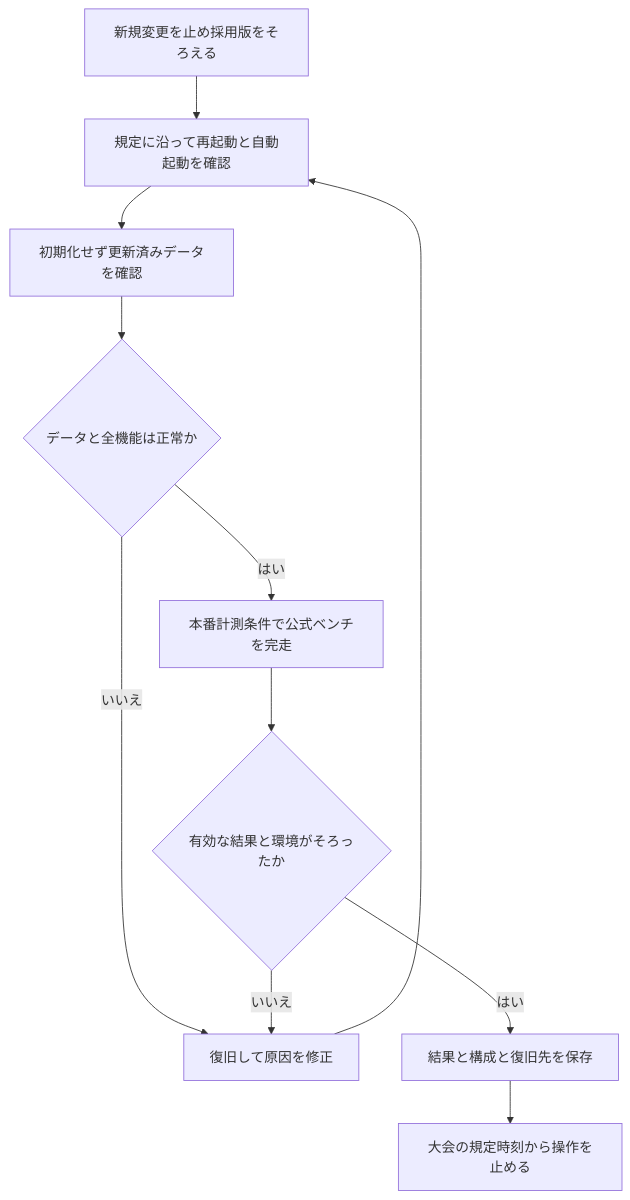
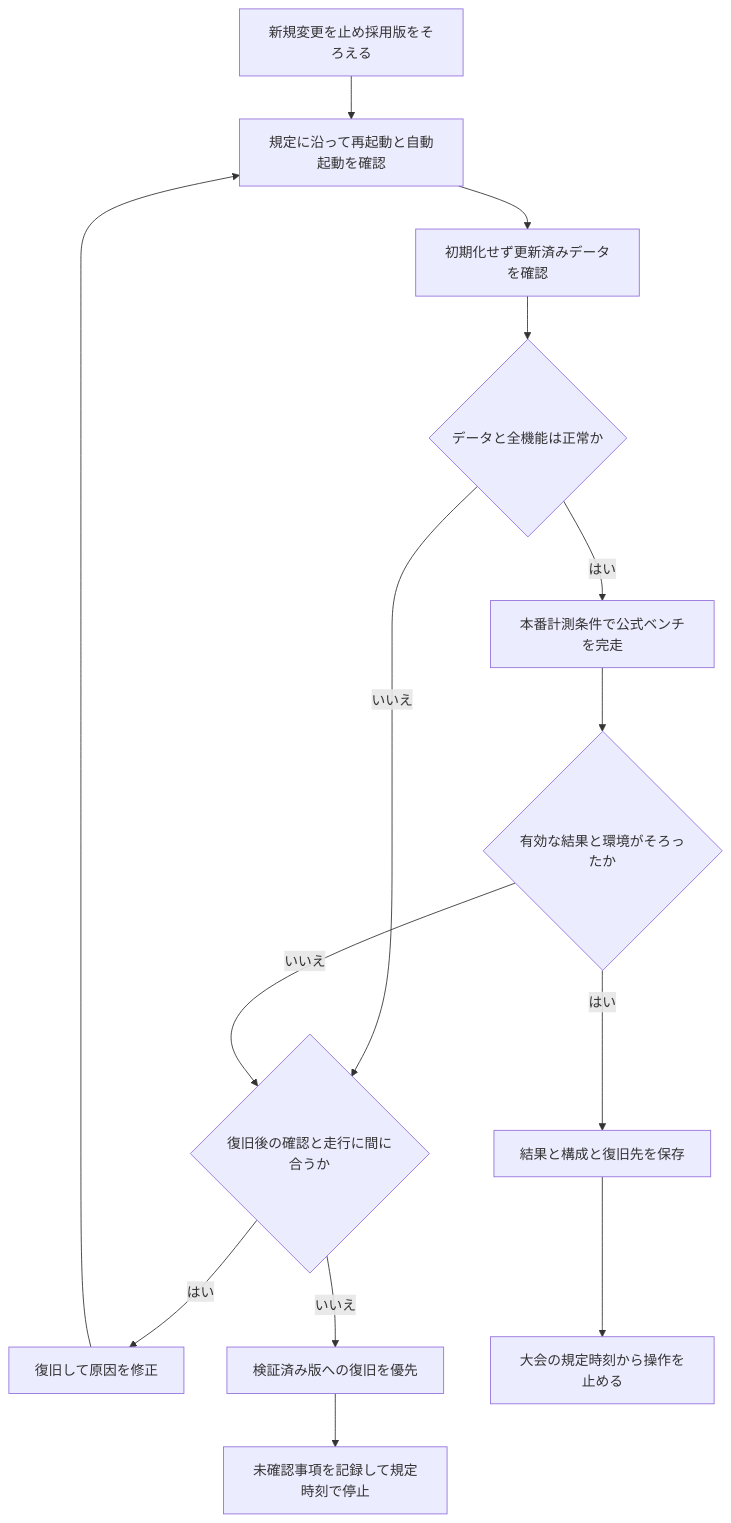
The third of 3 diagrams in docs/isucon-playbook.md (saitenntaisei/isucon_init), drawn with Mermaid before and after one commit. The commit also changed other lines of this file and 3 other files, not shown here.

````diff
--- a/docs/isucon-playbook.md
+++ b/docs/isucon-playbook.md
@@ -244,13 +264,16 @@
 ```mermaid
 flowchart TD
     freeze["新規変更を止め採用版をそろえる"] --> restart["規定に沿って再起動と自動起動を確認"]
     restart --> persistence["初期化せず更新済みデータを確認"]
     persistence --> healthy{"データと全機能は正常か"}
-    healthy -->|"いいえ"| recover["復旧して原因を修正"]
+    healthy -->|"いいえ"| recoverBudget{"復旧後の確認と走行に間に合うか"}
+    recoverBudget -->|"はい"| recover["復旧して原因を修正"]
+    recoverBudget -->|"いいえ"| fallback["検証済み版への復旧を優先"]
+    fallback --> incomplete["未確認事項を記録して規定時刻で停止"]
     recover --> restart
     healthy -->|"はい"| scoring["本番計測条件で公式ベンチを完走"]
     scoring --> validScore{"有効な結果と環境がそろったか"}
-    validScore -->|"いいえ"| recover
+    validScore -->|"いいえ"| recoverBudget
     validScore -->|"はい"| record["結果と構成と復旧先を保存"]
     record --> stop["大会の規定時刻から操作を止める"]
 ```
````
